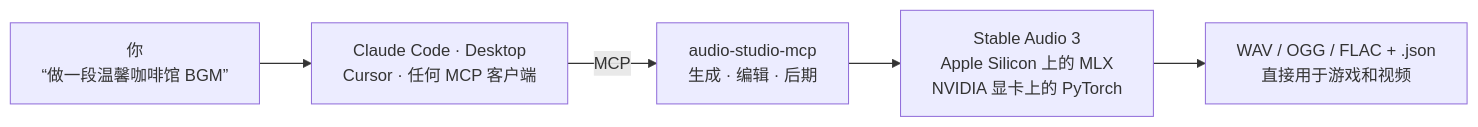
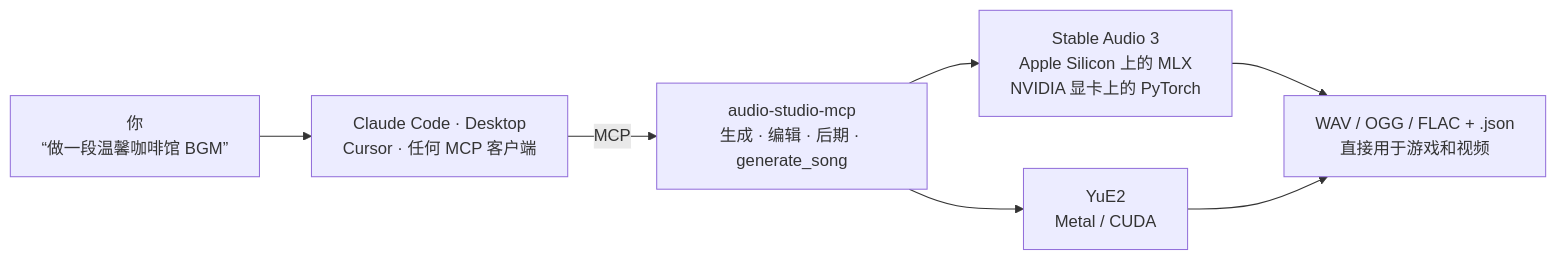
Before and after one commit to kanaworksai-hue/audio-studio-mcp: the diagram in README.zh-CN.md, drawn with Mermaid. The commit also changed other lines of this file and 10 other files, not shown here.

````diff
--- a/README.zh-CN.md
+++ b/README.zh-CN.md
@@ -65,7 +74,9 @@
 ```mermaid
 flowchart LR
     U["你<br/>“做一段温馨咖啡馆 BGM”"] --> C["Claude Code · Desktop<br/>Cursor · 任何 MCP 客户端"]
-    C -- "MCP" --> S["audio-studio-mcp<br/>生成 · 编辑 · 后期"]
+    C -- "MCP" --> S["audio-studio-mcp<br/>生成 · 编辑 · 后期 · generate_song"]
     S --> M["Stable Audio 3<br/>Apple Silicon 上的 MLX<br/>NVIDIA 显卡上的 PyTorch"]
+    S --> Y["YuE2<br/>Metal / CUDA"]
     M --> F["WAV / OGG / FLAC + .json<br/>直接用于游戏和视频"]
+    Y --> F
 ```
````
